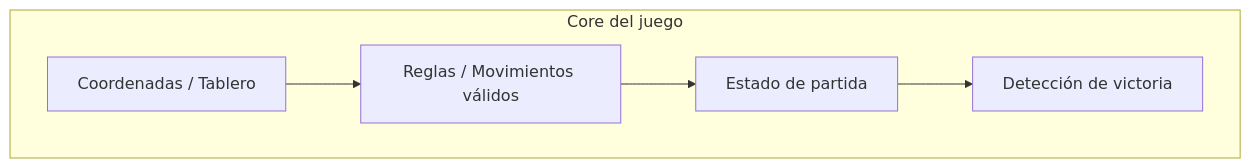
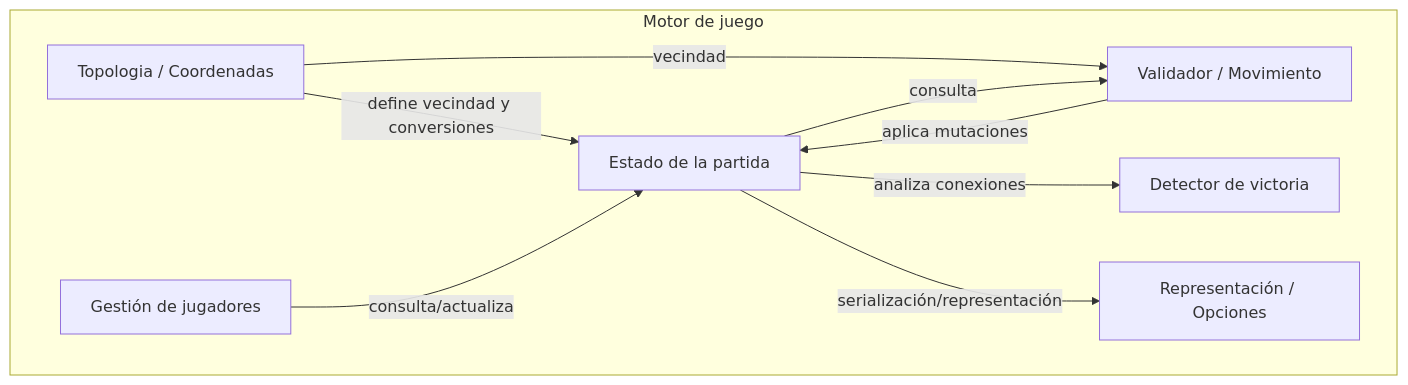
The fourth of 4 diagrams in docs/src/05_building_block_view.adoc (Arquisoft/yovi_es5c), drawn with Mermaid before and after one commit. The commit also changed other lines of this file, not shown here.

```diff
--- a/docs/src/05_building_block_view.adoc
+++ b/docs/src/05_building_block_view.adoc
@@ -162,14 +157,20 @@
 [mermaid, "bb-level3-core", png]
 ----
 flowchart TB
-  subgraph CORE[Core del juego]
-    STATE[Estado de partida]
-    RULES[Reglas / Movimientos válidos]
-    WIN[Detección de victoria]
-    COORD[Coordenadas / Tablero]
+  subgraph Engine [Motor de juego]
+    Coord[Topologia / Coordenadas]
+    State[Estado de la partida]
+    Validator[Validador / Movimiento]
+    Victory[Detector de victoria]
+    Players[Gestión de jugadores]
+    Render[Representación / Opciones]
   end
 
-  RULES --> STATE
-  COORD --> RULES
-  STATE --> WIN
+  Coord -->|define vecindad y conversiones| State
+  Coord -->|vecindad| Validator
+  State -->|consulta| Validator
+  State -->|analiza conexiones| Victory
+  Validator -->|aplica mutaciones| State
+  Players -->|consulta/actualiza| State
+  State -->|serialización/representación| Render
 ----
```
